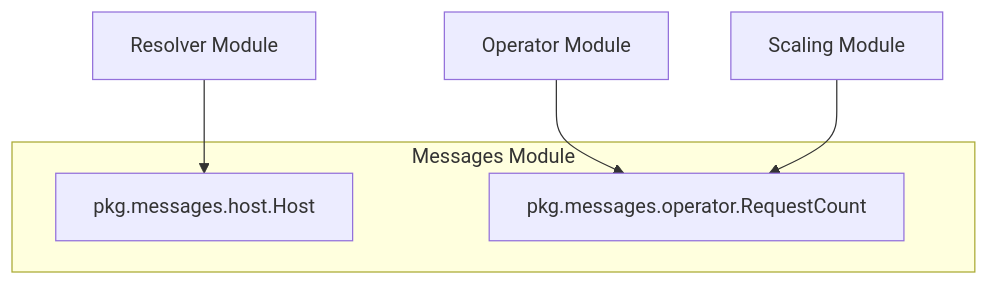
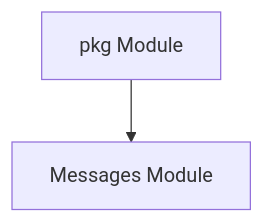
One commit to ShreyasPatel031/CodeWiki changed the diagram in demo/repos/KubeElasti/messages.md. Above: the diagram before and after it, drawn with Mermaid. The commit also changed other lines of this file and 55 other files, not shown here.

````diff
--- a/demo/repos/KubeElasti/messages.md
+++ b/demo/repos/KubeElasti/messages.md
@@ -57,15 +49,10 @@
 ```mermaid
 graph TD
-    subgraph Messages Module
-        HostMessage[pkg.messages.host.Host]
-        RequestCountMessage[pkg.messages.operator.RequestCount]
-    end
+    pkg[pkg Module]
+    messages[Messages Module]
 
-    Resolver[Resolver Module] --> HostMessage
-    Operator[Operator Module] --> RequestCountMessage
-    Scaling[Scaling Module] --> RequestCountMessage
+    pkg --> messages
 
-    click Resolver "resolver.md" "View Resolver Module"
-    click Operator "operator.md" "View Operator Module"
-    click Scaling "scaling.md" "View Scaling Module"
+    click pkg "pkg.md" "View Pkg Module"
+    click messages "messages.md" "View Messages Module"
 ```
````
